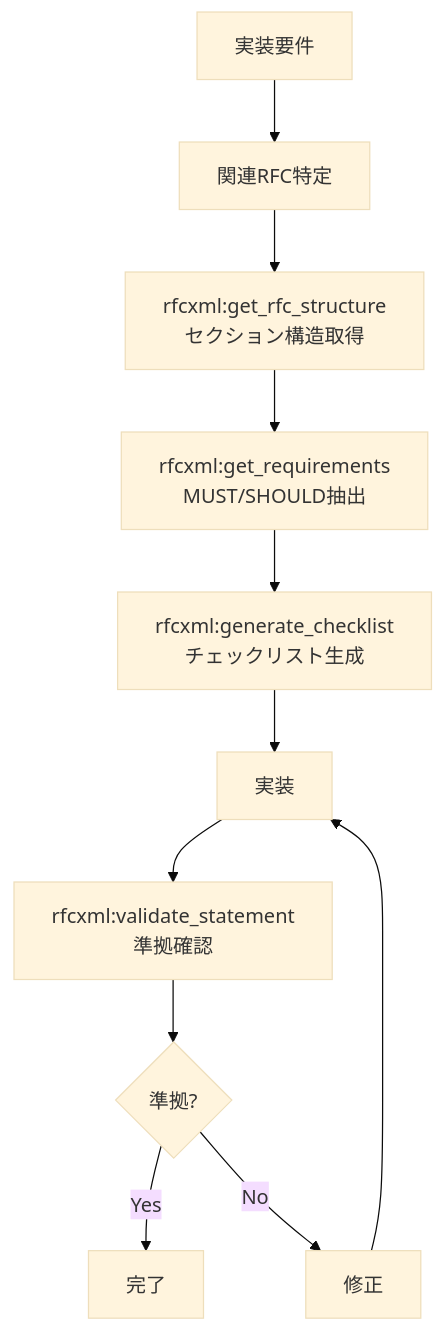
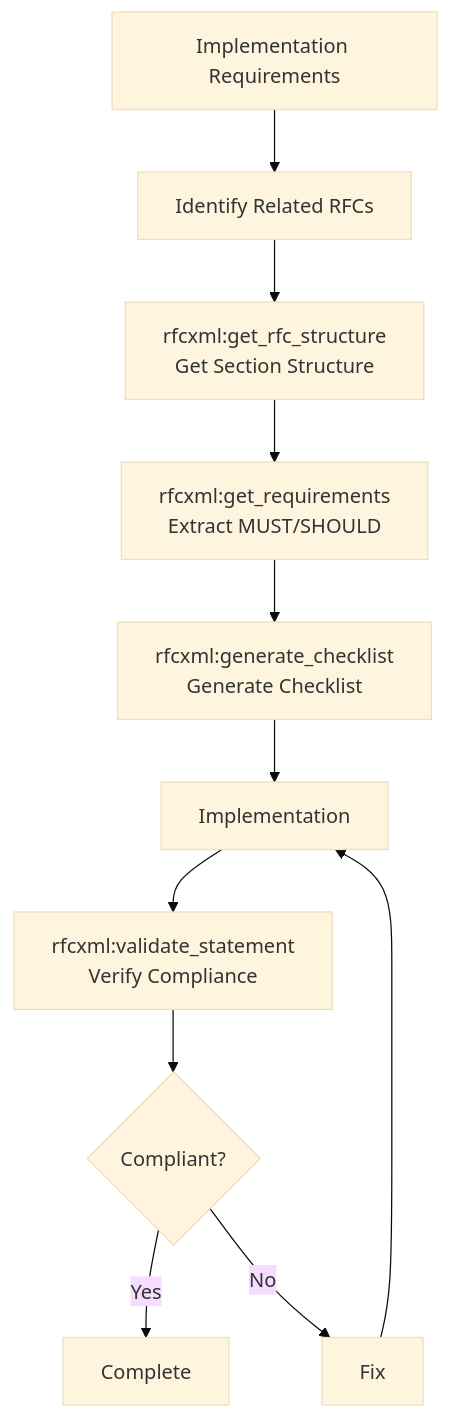
Before and after one commit to shuji-bonji/ai-agent-architecture: the fourth of 10 diagrams in docs/workflows/patterns.md, drawn with Mermaid (base theme). The commit also changed other lines of this file and 42 other files, not shown here.

````diff
--- a/docs/workflows/patterns.md
+++ b/docs/workflows/patterns.md
@@ -132,13 +134,13 @@
 ```mermaid
 flowchart TB
-    START[実装要件] --> SEARCH[関連RFC特定]
-    SEARCH --> STRUCTURE[rfcxml:get_rfc_structure<br/>セクション構造取得]
-    STRUCTURE --> REQUIREMENTS[rfcxml:get_requirements<br/>MUST/SHOULD抽出]
-    REQUIREMENTS --> CHECKLIST[rfcxml:generate_checklist<br/>チェックリスト生成]
-    CHECKLIST --> IMPL[実装]
-    IMPL --> VALIDATE[rfcxml:validate_statement<br/>準拠確認]
-    VALIDATE --> PASS{準拠?}
-    PASS -->|Yes| DONE[完了]
-    PASS -->|No| FIX[修正]
+    START[Implementation Requirements] --> SEARCH[Identify Related RFCs]
+    SEARCH --> STRUCTURE[rfcxml:get_rfc_structure<br/>Get Section Structure]
+    STRUCTURE --> REQUIREMENTS[rfcxml:get_requirements<br/>Extract MUST/SHOULD]
+    REQUIREMENTS --> CHECKLIST[rfcxml:generate_checklist<br/>Generate Checklist]
+    CHECKLIST --> IMPL[Implementation]
+    IMPL --> VALIDATE[rfcxml:validate_statement<br/>Verify Compliance]
+    VALIDATE --> PASS{Compliant?}
+    PASS -->|Yes| DONE[Complete]
+    PASS -->|No| FIX[Fix]
     FIX --> IMPL
 ```
````
